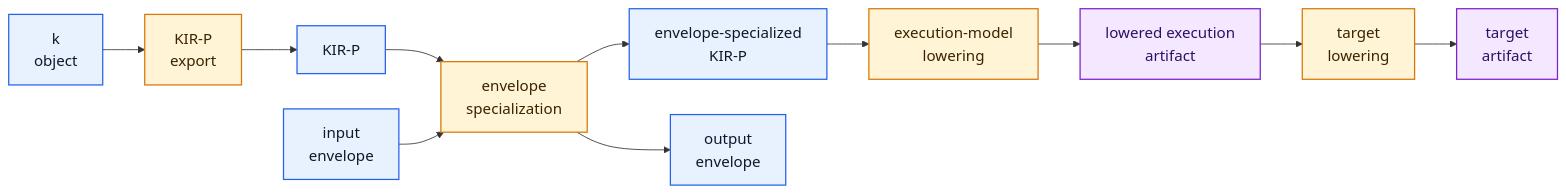
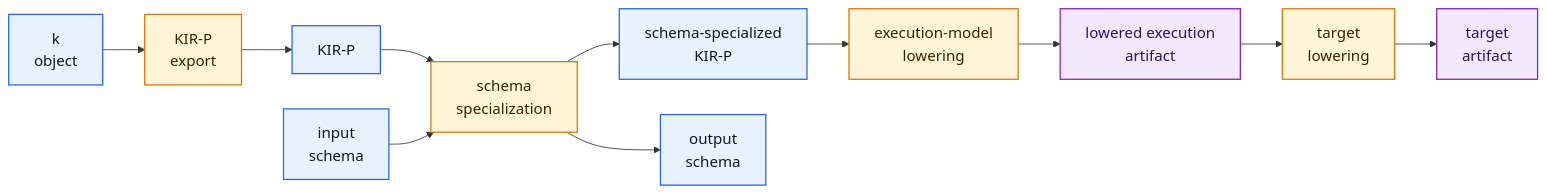
One commit to fraczak/k changed the third of 4 diagrams in DOCS/DICTIONARY.md. Above: the diagram before and after it, drawn with Mermaid. The commit also changed other lines of this file and 8 other files, not shown here.

Commit message:
Update documentation narrative to Schemas, Contracts, Filters, and Framed Payloads

````diff
--- a/DOCS/DICTIONARY.md
+++ b/DOCS/DICTIONARY.md
@@ -571,27 +564,27 @@
 ```mermaid
 %%{init: {"flowchart": {"htmlLabels": true, "nodeSpacing": 42, "rankSpacing": 50}, "themeVariables": {"fontSize": "18px"}} }%%
 flowchart LR
   classDef artifact fill:#e8f2ff,stroke:#2563eb,stroke-width:1.5px,color:#0f172a;
   classDef transform fill:#fff4d6,stroke:#d97706,stroke-width:1.5px,color:#3b2300;
   classDef lowered fill:#f3e8ff,stroke:#7e22ce,stroke-width:1.5px,color:#2e1065;
 
   Object["k<br/>object"]:::artifact
-  InputEnvelope["input<br/>envelope"]:::artifact
+  InputEnvelope["input<br/>schema"]:::artifact
   Export["KIR-P<br/>export"]:::transform
   KIRP["KIR-P"]:::artifact
-  Specialize["envelope<br/>specialization"]:::transform
-  Specialized["envelope-specialized<br/>KIR-P"]:::artifact
-  OutputEnvelope["output<br/>envelope"]:::artifact
+  Specialize["schema<br/>specialization"]:::transform
+  Specialized["schema-specialized<br/>KIR-P"]:::artifact
+  OutputEnvelope["output<br/>schema"]:::artifact
   LowerModel["execution-model<br/>lowering"]:::transform
   Lowered["lowered execution<br/>artifact"]:::lowered
   TargetLowering["target<br/>lowering"]:::transform
   Target["target<br/>artifact"]:::lowered
 
   Object --> Export --> KIRP
   KIRP --> Specialize
   InputEnvelope --> Specialize
   Specialize --> Specialized
   Specialize --> OutputEnvelope
   Specialized --> LowerModel --> Lowered
   Lowered --> TargetLowering --> Target
 ```
````
